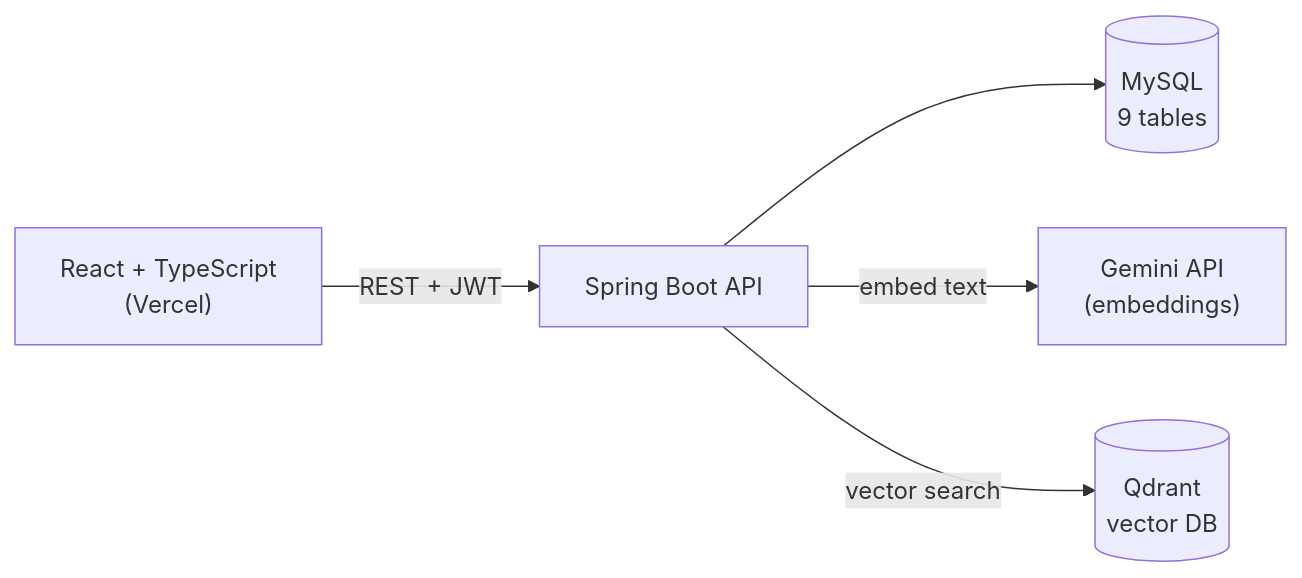
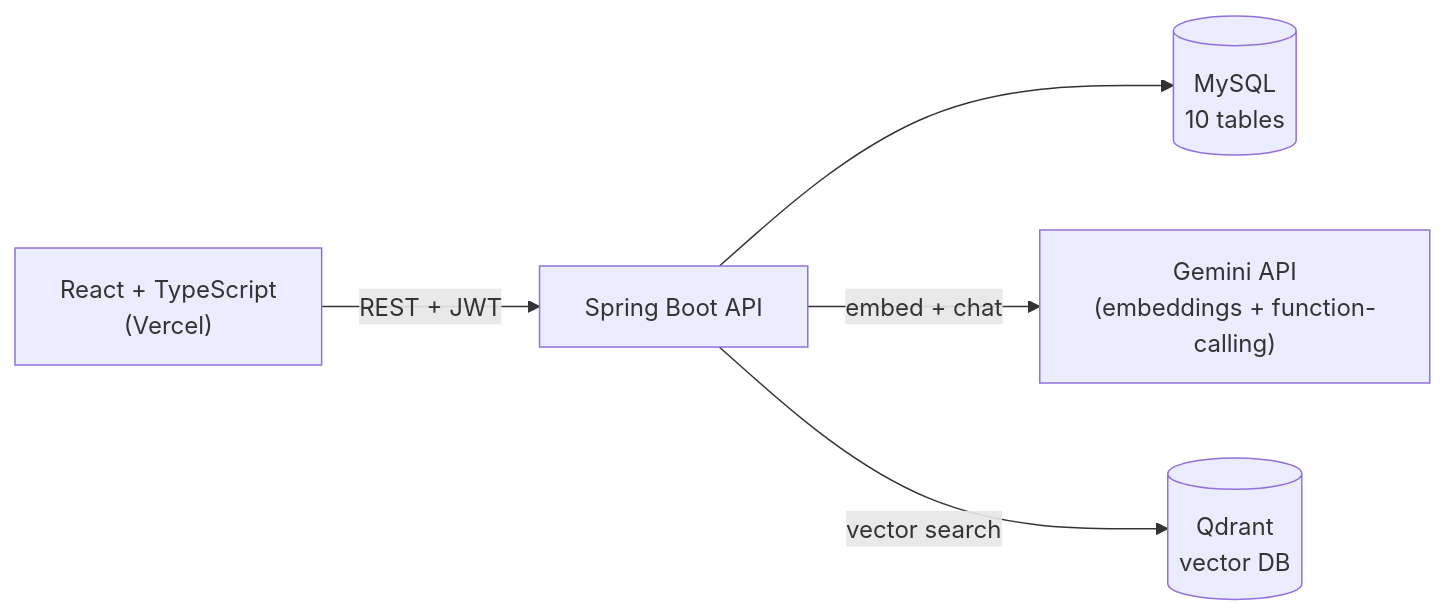
The first of 3 diagrams in README.md (iamsky2002/HireSense), drawn with Mermaid before and after one commit. The commit also changed other lines of this file, not shown here.

````diff
--- a/README.md
+++ b/README.md
@@ -58,7 +62,7 @@
 ```mermaid
 flowchart LR
     U["React + TypeScript<br/>(Vercel)"] -->|REST + JWT| API["Spring Boot API"]
-    API --> DB[("MySQL<br/>9 tables")]
-    API -->|embed text| G["Gemini API<br/>(embeddings)"]
+    API --> DB[("MySQL<br/>10 tables")]
+    API -->|"embed + chat"| G["Gemini API<br/>(embeddings + function-calling)"]
     API -->|vector search| Q[("Qdrant<br/>vector DB")]
 ```
````
